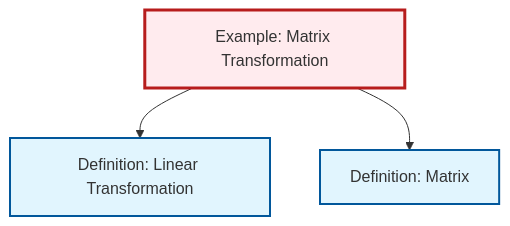
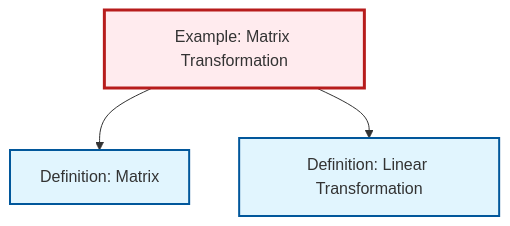
Before and after one commit to RK0429/ModernMath: the diagram in output/mermaid/ex-matrix-transformation.mermaid, drawn with Mermaid. The commit also changed other lines of this file and 1242 other files, not shown here.

```diff
--- a/output/mermaid/ex-matrix-transformation.mermaid
+++ b/output/mermaid/ex-matrix-transformation.mermaid
@@ -1,13 +1,13 @@
 %%| fig-cap: "Local dependency graph"
 graph TD
     classDef definition fill:#e1f5fe,stroke:#01579b,stroke-width:2px
     classDef theorem fill:#f3e5f5,stroke:#4a148c,stroke-width:2px
     classDef axiom fill:#fff3e0,stroke:#e65100,stroke-width:2px
     classDef example fill:#e8f5e9,stroke:#1b5e20,stroke-width:2px
     classDef current fill:#ffebee,stroke:#b71c1c,stroke-width:3px
+    def-matrix["Definition: Matrix"]:::definition
+    def-linear-transformation["Definition: Linear Transformation"]:::definition
     ex-matrix-transformation["Example: Matrix Transformation"]:::example
-    def-linear-transformation["Definition: Linear Transformation"]:::definition
-    def-matrix["Definition: Matrix"]:::definition
+    ex-matrix-transformation --> def-matrix
     ex-matrix-transformation --> def-linear-transformation
-    ex-matrix-transformation --> def-matrix
     class ex-matrix-transformation current
```
